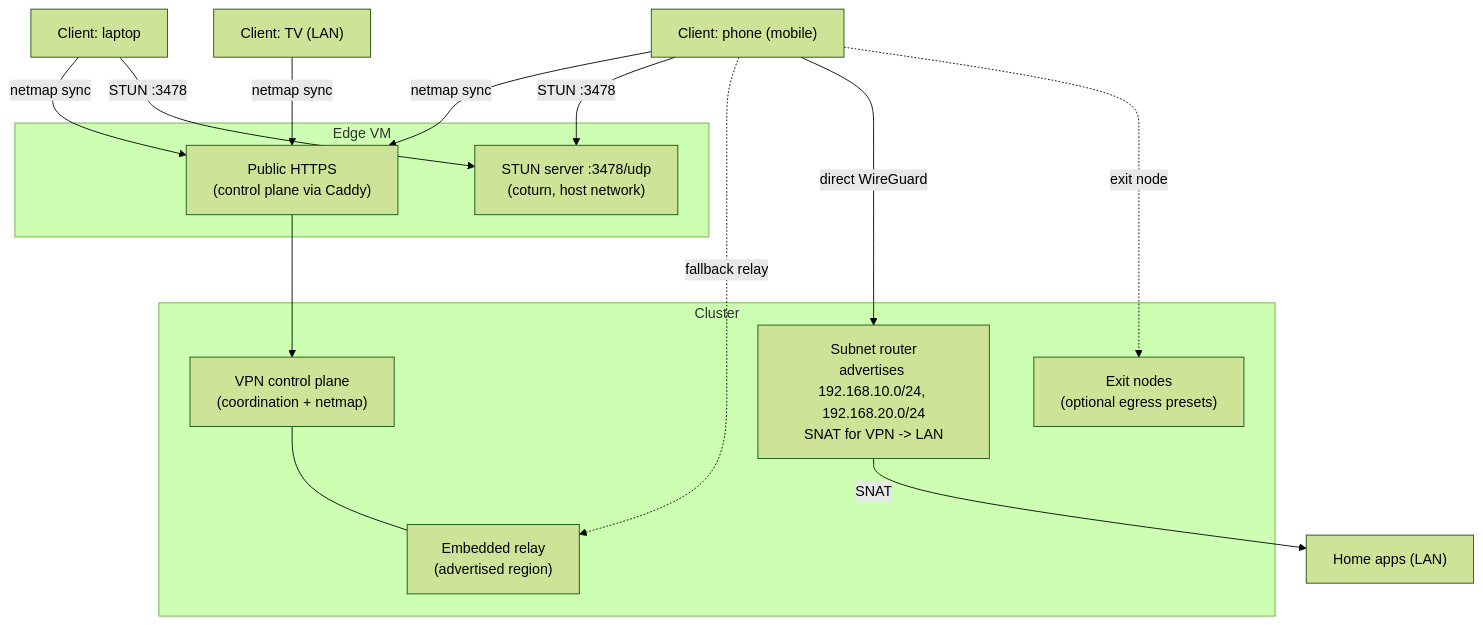
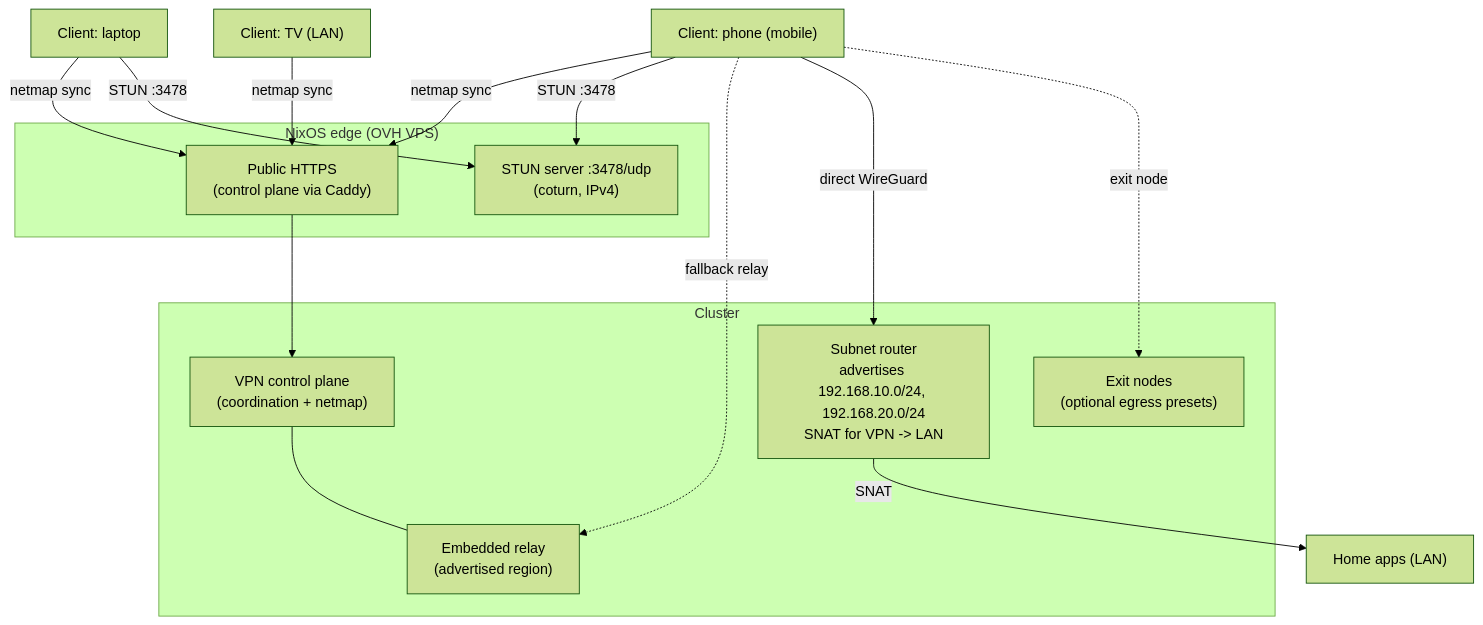
The first of 3 diagrams in docs/tailnet-vpn.md (member87/home-ops), drawn with Mermaid (forest theme) before and after one commit. The commit also changed other lines of this file and 31 other files, not shown here.

````diff
--- a/docs/tailnet-vpn.md
+++ b/docs/tailnet-vpn.md
@@ -9,26 +9,26 @@
 ```mermaid
 flowchart TD
     subgraph CLUSTER["Cluster"]
         HC["VPN control plane<br/>(coordination + netmap)"]
         DERP["Embedded relay<br/>(advertised region)"]
         SR["Subnet router<br/>advertises 192.168.10.0/24, 192.168.20.0/24<br/>SNAT for VPN -> LAN"]
         EXIT["Exit nodes<br/>(optional egress presets)"]
     end
 
-    subgraph EDGE["Edge VM"]
-        STUN["STUN server :3478/udp<br/>(coturn, host network)"]
+    subgraph EDGE["NixOS edge (OVH VPS)"]
+        STUN["STUN server :3478/udp<br/>(coturn, IPv4)"]
         PUB["Public HTTPS<br/>(control plane via Caddy)"]
     end
 
     C1["Client: phone (mobile)"]
     C2["Client: TV (LAN)"]
     C3["Client: laptop"]
 
     C1 & C2 & C3 -->|"netmap sync"| PUB --> HC
     C1 & C3 -->|"STUN :3478"| STUN
     HC --- DERP
     C1 -.->|"fallback relay"| DERP
     C1 -->|"direct WireGuard"| SR
     SR -->|"SNAT"| APPS["Home apps (LAN)"]
     C1 -.->|"exit node"| EXIT
 ```
````
